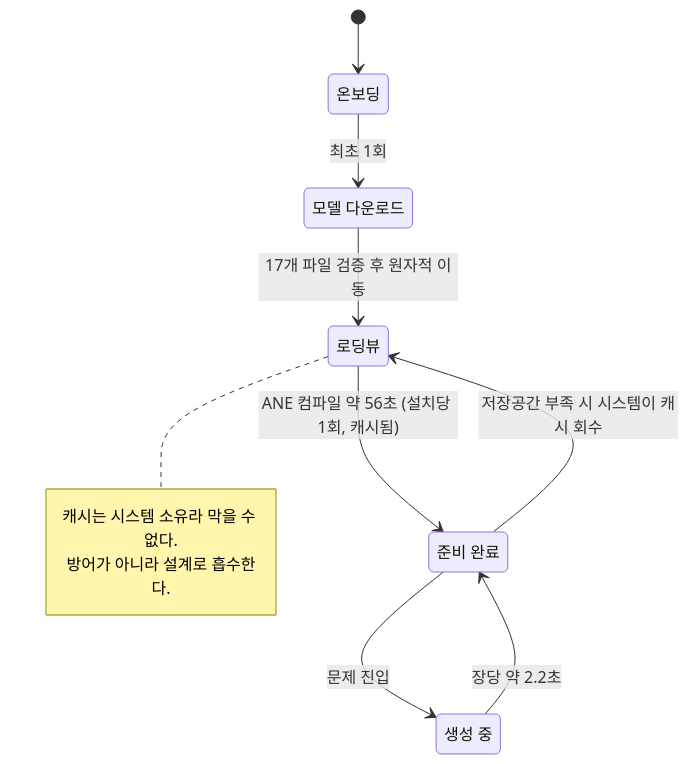
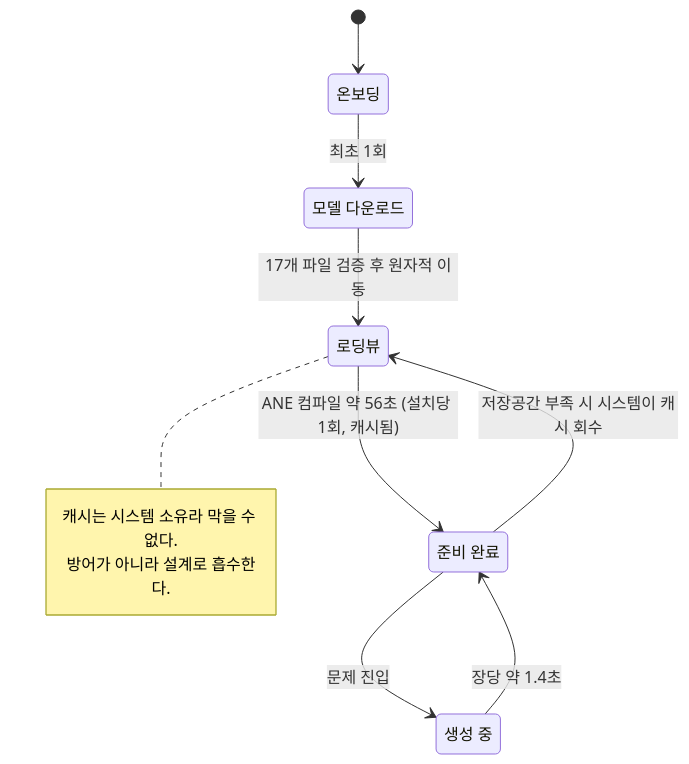
Before and after one commit to jihojivenchy/picsong: the second of 3 diagrams in README.md, drawn with Mermaid. The commit also changed other lines of this file, not shown here.

````diff
--- a/README.md
+++ b/README.md
@@ -66,21 +66,21 @@
 ```mermaid
 stateDiagram-v2
     state "온보딩" as onboard
     state "모델 다운로드" as download
     state "로딩뷰" as loading
     state "준비 완료" as ready
     state "생성 중" as generating
 
     [*] --> onboard
     onboard --> download: 최초 1회
     download --> loading: 17개 파일 검증 후 원자적 이동
     loading --> ready: ANE 컴파일 약 56초 (설치당 1회, 캐시됨)
     ready --> generating: 문제 진입
-    generating --> ready: 장당 약 2.2초
+    generating --> ready: 장당 약 1.4초
     ready --> loading: 저장공간 부족 시 시스템이 캐시 회수
 
     note right of loading
         캐시는 시스템 소유라 막을 수 없다.
         방어가 아니라 설계로 흡수한다.
     end note
 ```
````
